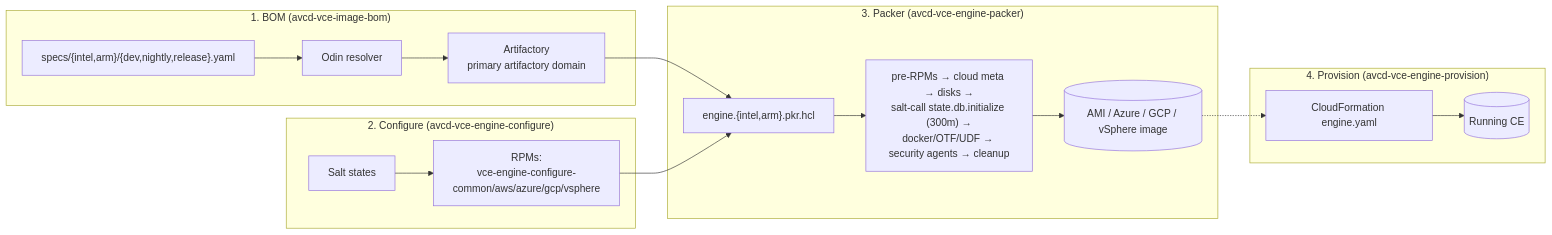
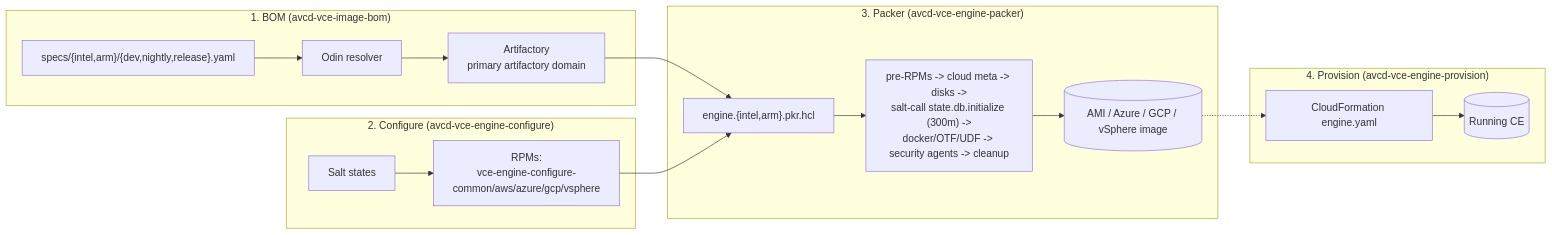
The ninth of 9 diagrams in skills/ce-ops/references/CE-PROVISIONING-DEPROVISIONING.md (tisan-das/agent-skills), drawn with Mermaid before and after one commit. The commit also changed other lines of this file and 1 other file, not shown here.

First line of the commit message:
fix(ce-ops): make the legacy diagrams obey the pure-ASCII render rule

````diff
--- a/skills/ce-ops/references/CE-PROVISIONING-DEPROVISIONING.md
+++ b/skills/ce-ops/references/CE-PROVISIONING-DEPROVISIONING.md
@@ -694,21 +695,21 @@
 ```mermaid
 graph LR
     subgraph S1["1. BOM (avcd-vce-image-bom)"]
         BOM["specs/{intel,arm}/{dev,nightly,release}.yaml"] --> ODIN["Odin resolver"]
         ODIN --> ART["Artifactory<br/>primary artifactory domain"]
     end
     subgraph S2["2. Configure (avcd-vce-engine-configure)"]
         SALT["Salt states"] --> RPMS["RPMs:<br/>vce-engine-configure-common/aws/azure/gcp/vsphere"]
     end
     subgraph S3["3. Packer (avcd-vce-engine-packer)"]
         PKR["engine.{intel,arm}.pkr.hcl"]
-        PKR --> STEPS["pre-RPMs → cloud meta → disks →<br/>salt-call state.db.initialize (300m) →<br/>docker/OTF/UDF → security agents → cleanup"]
+        PKR --> STEPS["pre-RPMs -> cloud meta -> disks -><br/>salt-call state.db.initialize (300m) -><br/>docker/OTF/UDF -> security agents -> cleanup"]
         STEPS --> IMG[("AMI / Azure / GCP / vSphere image")]
     end
     subgraph S4["4. Provision (avcd-vce-engine-provision)"]
         CFN["CloudFormation engine.yaml"] --> ENG[("Running CE")]
     end
     ART --> PKR
     RPMS --> PKR
     IMG -.-> CFN
 ```
````
